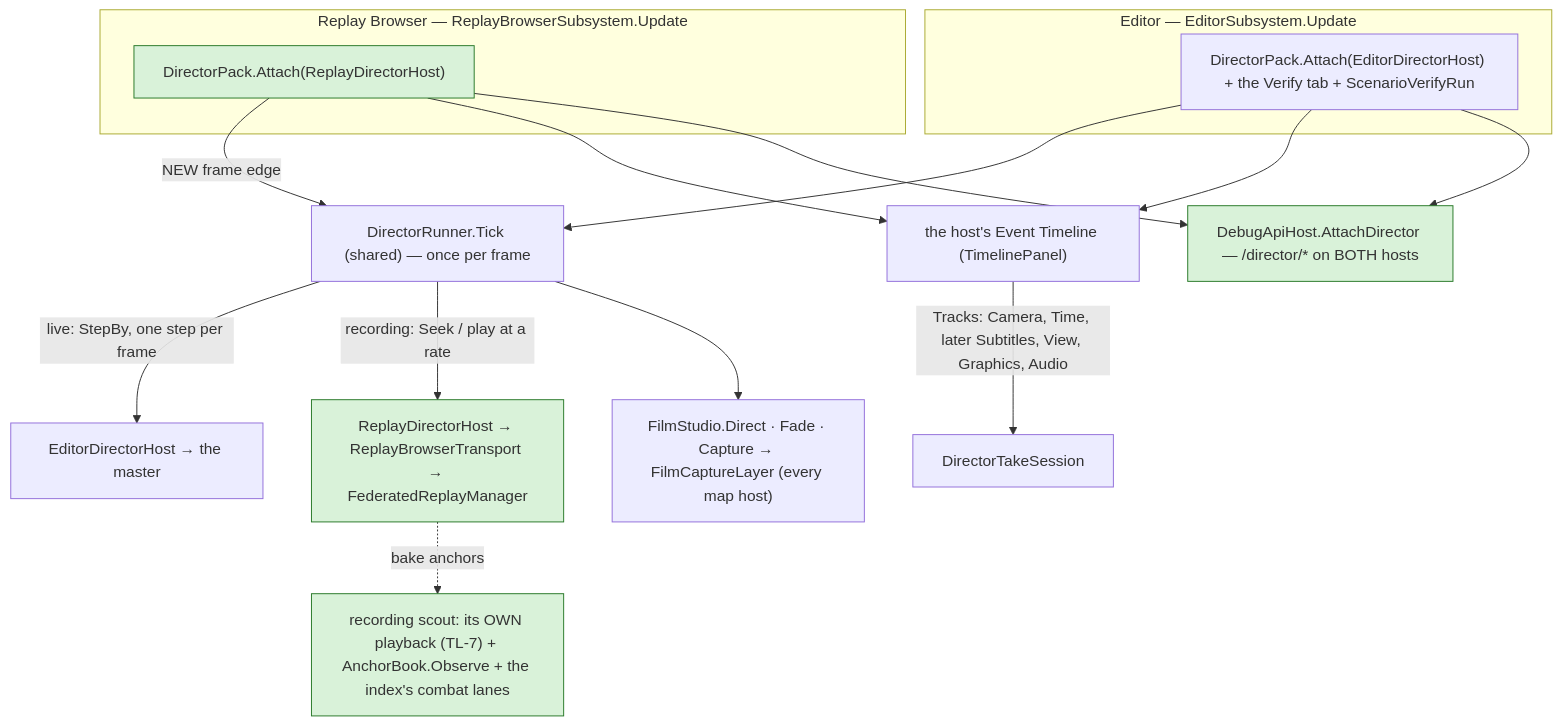
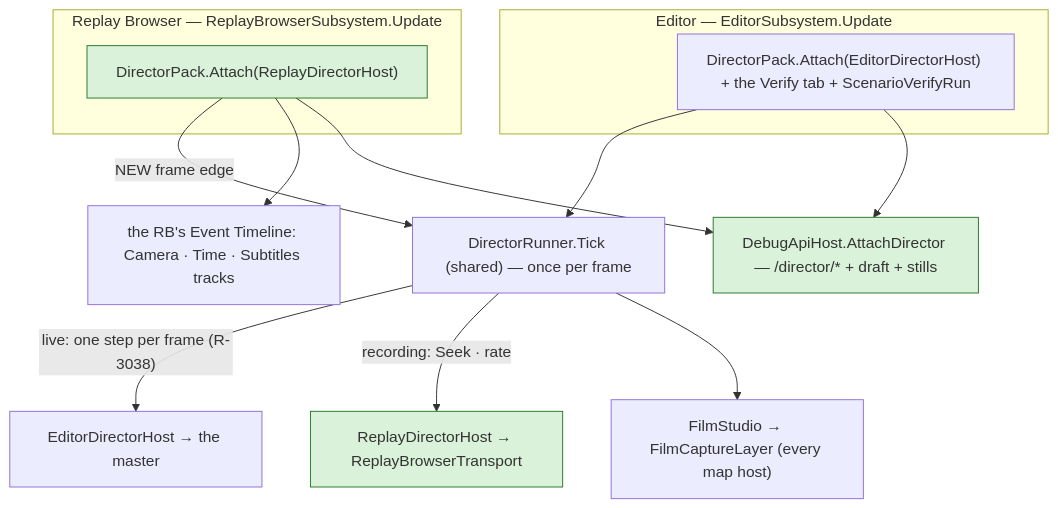
One commit to pjanec/HROT changed diagram 26 of 27 in docs/DESIGN_Director_Timeline_Editor.md. Above: the diagram before and after it, drawn with Mermaid. The commit also changed other lines of this file, not shown here.

First line of the commit message:
Director Timeline §11 rewritten from the user's need: films from recordings — record, index, draft, look/adjust in the Replay Browser, save, render, promote; overnight documentation from checks.json; CR-1..CR-12, phases P0-P6 (for approval)

````diff
--- a/docs/DESIGN_Director_Timeline_Editor.md
+++ b/docs/DESIGN_Director_Timeline_Editor.md
@@ -1363,24 +1423,19 @@
 ```mermaid
 graph TD
   subgraph ED["Editor — EditorSubsystem.Update"]
     EDA["DirectorPack.Attach(EditorDirectorHost) + the Verify tab + ScenarioVerifyRun"]
   end
   subgraph RB["Replay Browser — ReplayBrowserSubsystem.Update"]
     RBA["DirectorPack.Attach(ReplayDirectorHost)"]:::new
   end
   RUN["DirectorRunner.Tick (shared) — once per frame"]
   EDA --> RUN
   RBA -->|"NEW frame edge"| RUN
-  RUN -->|"live: StepBy, one step per frame"| EH["EditorDirectorHost → the master"]
-  RUN -->|"recording: Seek / play at a rate"| RH["ReplayDirectorHost → ReplayBrowserTransport → FederatedReplayManager"]:::new
-  RUN --> FS["FilmStudio.Direct · Fade · Capture → FilmCaptureLayer (every map host)"]
-  PAN["the host's Event Timeline (TimelinePanel)"] -->|"Tracks: Camera, Time, later Subtitles, View, Graphics, Audio"| SES["DirectorTakeSession"]
-  RBA --> PAN
-  EDA --> PAN
-  SCO["recording scout: its OWN playback (TL-7) + AnchorBook.Observe + the index's combat lanes"]:::new
-  RH -.->|"bake anchors"| SCO
-  DBG["DebugApiHost.AttachDirector — /director/* on BOTH hosts"]:::new
-  RBA --> DBG
+  RUN -->|"live: one step per frame (R-3038)"| EH["EditorDirectorHost → the master"]
+  RUN -->|"recording: Seek · rate"| RH["ReplayDirectorHost → ReplayBrowserTransport"]:::new
+  RUN --> FS["FilmStudio → FilmCaptureLayer (every map host)"]
+  RBA --> PAN["the RB's Event Timeline: Camera · Time · Subtitles tracks"]
+  RBA --> DBG["DebugApiHost.AttachDirector — /director/* + draft + stills"]:::new
   EDA --> DBG
   classDef new fill:#d9f2d9,stroke:#2a7a2a
 ```
````
